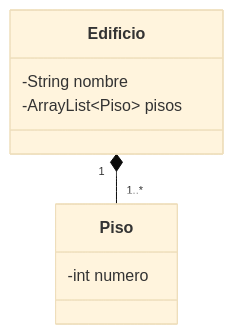
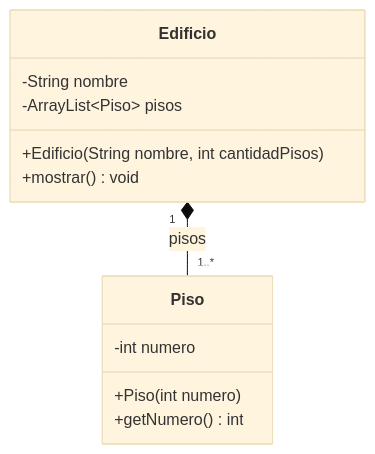
The fourth of 8 diagrams in README.md (CursosProgramacionEP/USIL_SEMANA09), drawn with Mermaid (base theme) before and after one commit. The commit also changed other lines of this file, not shown here.

Commit message:
Diagramas UML completos y alineados con el código (atributos, constructores, getters, métodos)

````diff
--- a/README.md
+++ b/README.md
@@ -85,11 +100,15 @@
 ```mermaid
 classDiagram
     class Edificio {
         -String nombre
         -ArrayList~Piso~ pisos
+        +Edificio(String nombre, int cantidadPisos)
+        +mostrar() void
     }
     class Piso {
         -int numero
+        +Piso(int numero)
+        +getNumero() int
     }
-    Edificio "1" *-- "1..*" Piso
+    Edificio "1" *-- "1..*" Piso : pisos
 ```
````
